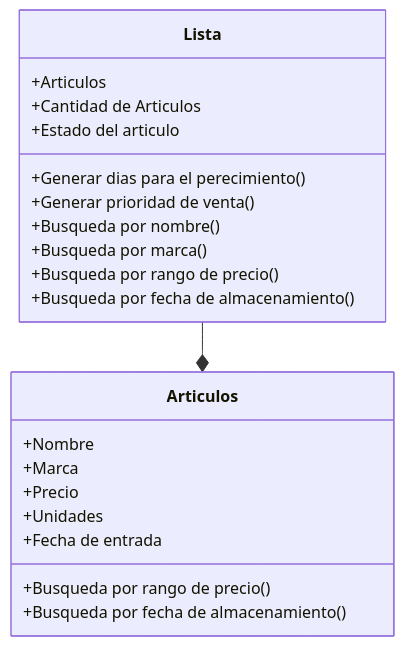
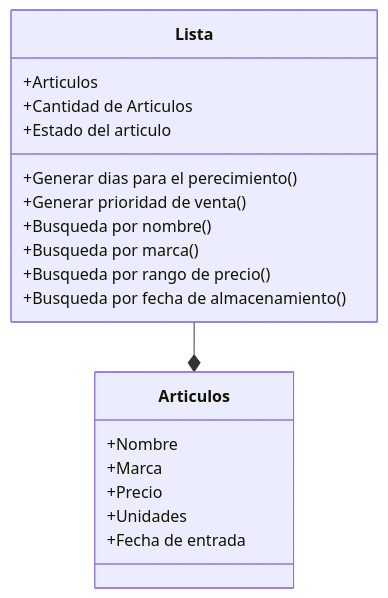
One commit to GabrielHuertas72/Proyecto-POO-GabrielHuertas changed the diagram in README.md. Above: the diagram before and after it, drawn with Mermaid.

````diff
--- a/README.md
+++ b/README.md
@@ -10,26 +10,23 @@
 ```mermaid
 classDiagram
     class Articulos{
         +Nombre 
         +Marca  
         +Precio 
         +Unidades 
         +Fecha de entrada 
-        
-        +Busqueda por rango de precio()
-        +Busqueda por fecha de almacenamiento()
     }
     class Lista{
         +Articulos
         +Cantidad de Articulos
         +Estado del articulo
         +Generar dias para el perecimiento()
         +Generar prioridad de venta()
         +Busqueda por nombre()
         +Busqueda por marca()
         +Busqueda por rango de precio()
         +Busqueda por fecha de almacenamiento()
     }
     Lista --*  Articulos
 
 ```
````
